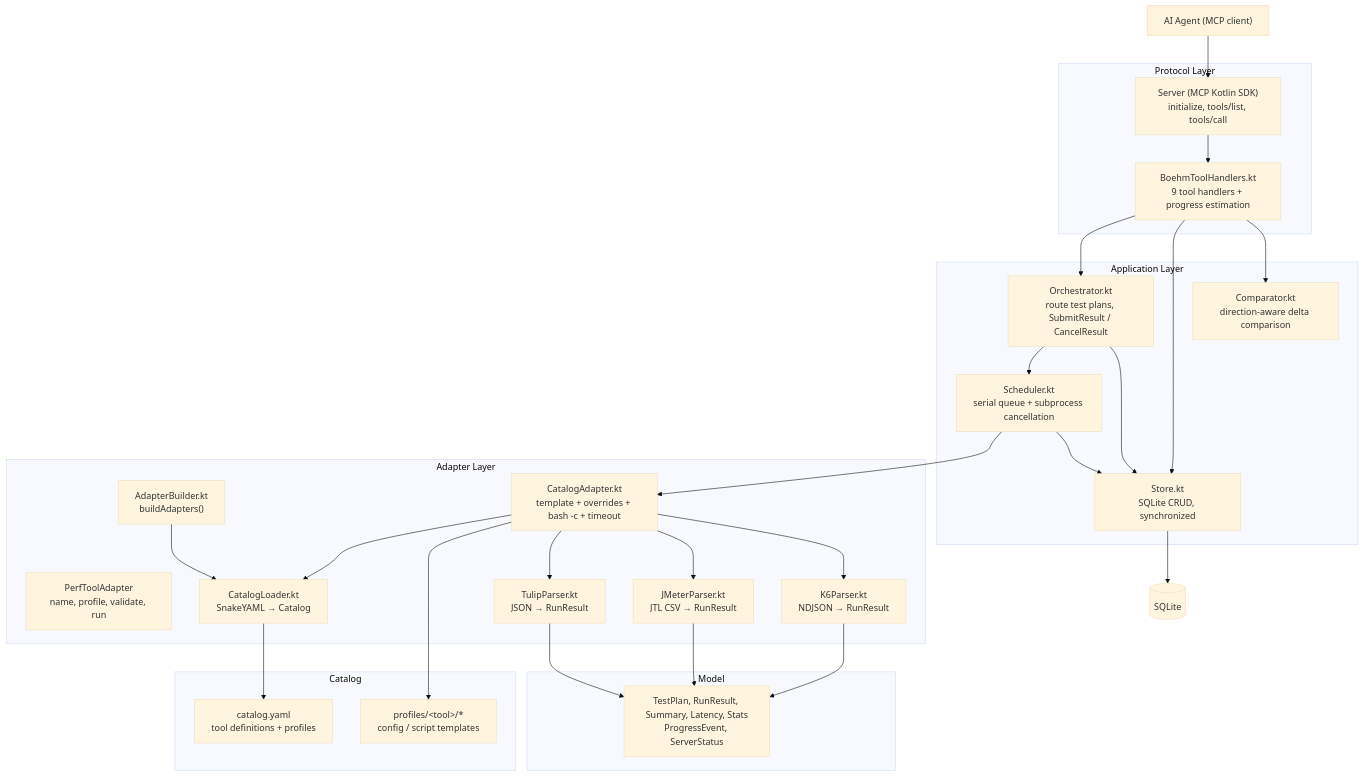
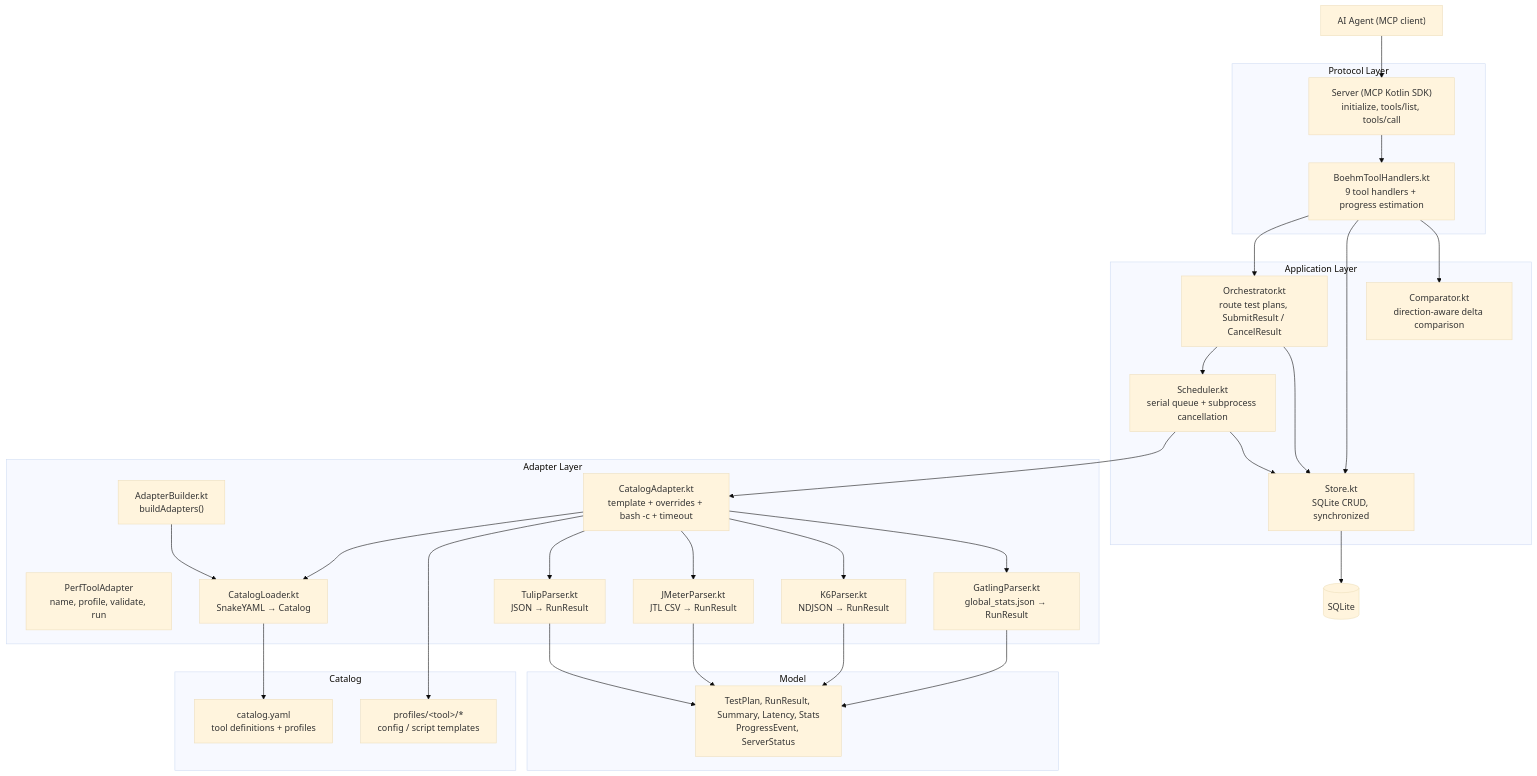
The second of 6 diagrams in docs/architecture.md (bmvanwyk/Boehm), drawn with Mermaid (base theme) before and after one commit. The commit also changed other lines of this file and 12 other files, not shown here.

````diff
--- a/docs/architecture.md
+++ b/docs/architecture.md
@@ -42,56 +43,59 @@
 ```mermaid
 graph TB
     subgraph "Protocol Layer"
         McpServer["Server (MCP Kotlin SDK)<br/>initialize, tools/list, tools/call"]
         Handlers["BoehmToolHandlers.kt<br/>9 tool handlers + progress estimation"]
     end
 
     subgraph "Application Layer"
         Orchestrator["Orchestrator.kt<br/>route test plans, SubmitResult / CancelResult"]
         Scheduler["Scheduler.kt<br/>serial queue + subprocess cancellation"]
         Store["Store.kt<br/>SQLite CRUD, synchronized"]
         Comparator["Comparator.kt<br/>direction-aware delta comparison"]
     end
 
     subgraph "Adapter Layer"
         AdapterIface["PerfToolAdapter<br/>name, profile, validate, run"]
         CatalogLoader["CatalogLoader.kt<br/>SnakeYAML → Catalog"]
         AdapterBuilder["AdapterBuilder.kt<br/>buildAdapters()"]
         CatalogAdapter["CatalogAdapter.kt<br/>template + overrides + bash -c + timeout"]
         TulipParser["TulipParser.kt<br/>JSON → RunResult"]
         JMeterParser["JMeterParser.kt<br/>JTL CSV → RunResult"]
         K6Parser["K6Parser.kt<br/>NDJSON → RunResult"]
+        GatlingParser["GatlingParser.kt<br/>global_stats.json → RunResult"]
     end
 
     subgraph "Catalog"
         CatalogYaml["catalog.yaml<br/>tool definitions + profiles"]
         Templates["profiles/&lt;tool&gt;/*<br/>config / script templates"]
     end
 
     subgraph "Model"
         Models["TestPlan, RunResult, Summary, Latency, Stats<br/>ProgressEvent, ServerStatus"]
     end
 
     Agent["AI Agent (MCP client)"]
 
     CatalogLoader --> CatalogYaml
     AdapterBuilder --> CatalogLoader
     Agent --> McpServer
     McpServer --> Handlers
     Handlers --> Orchestrator
     Handlers --> Store
     Handlers --> Comparator
     Orchestrator --> Scheduler
     Orchestrator --> Store
     Scheduler --> CatalogAdapter
     Scheduler --> Store
     CatalogAdapter --> CatalogLoader
     CatalogAdapter --> Templates
     CatalogAdapter --> TulipParser
     CatalogAdapter --> JMeterParser
     CatalogAdapter --> K6Parser
+    CatalogAdapter --> GatlingParser
     TulipParser --> Models
     JMeterParser --> Models
     K6Parser --> Models
+    GatlingParser --> Models
     Store --> SQLite[(SQLite)]
 ```
````
